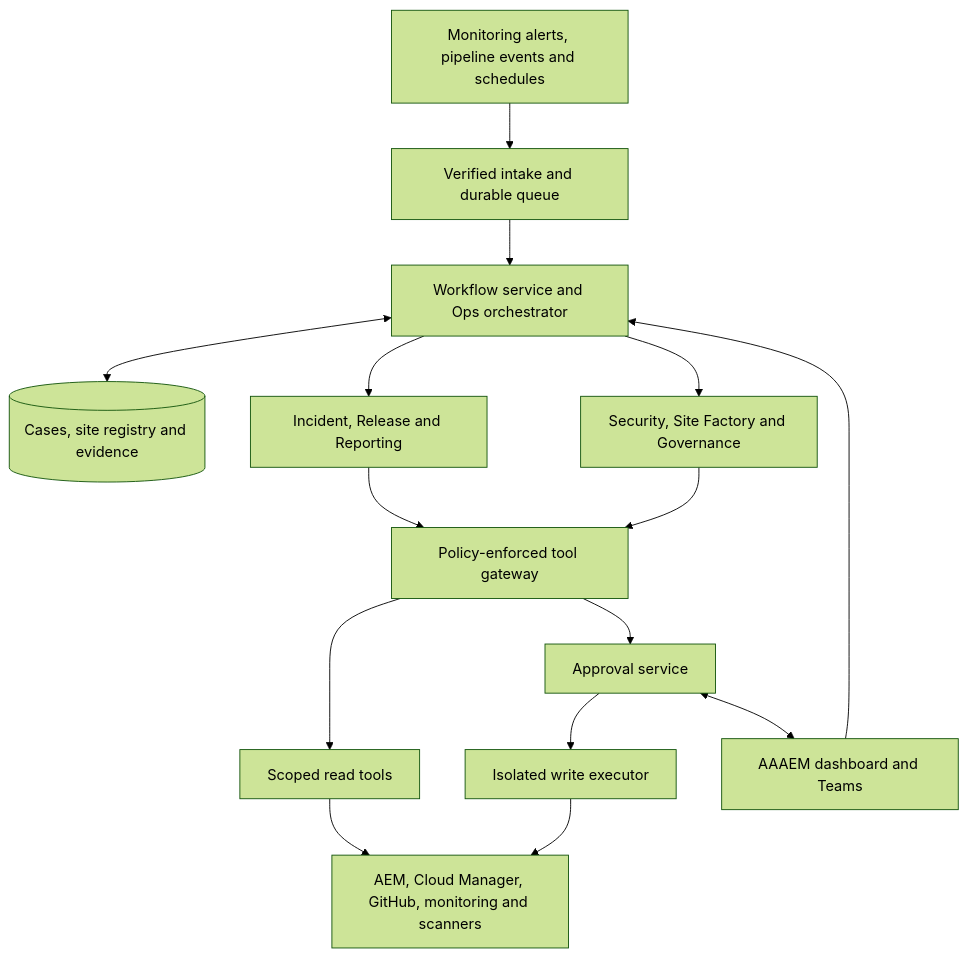
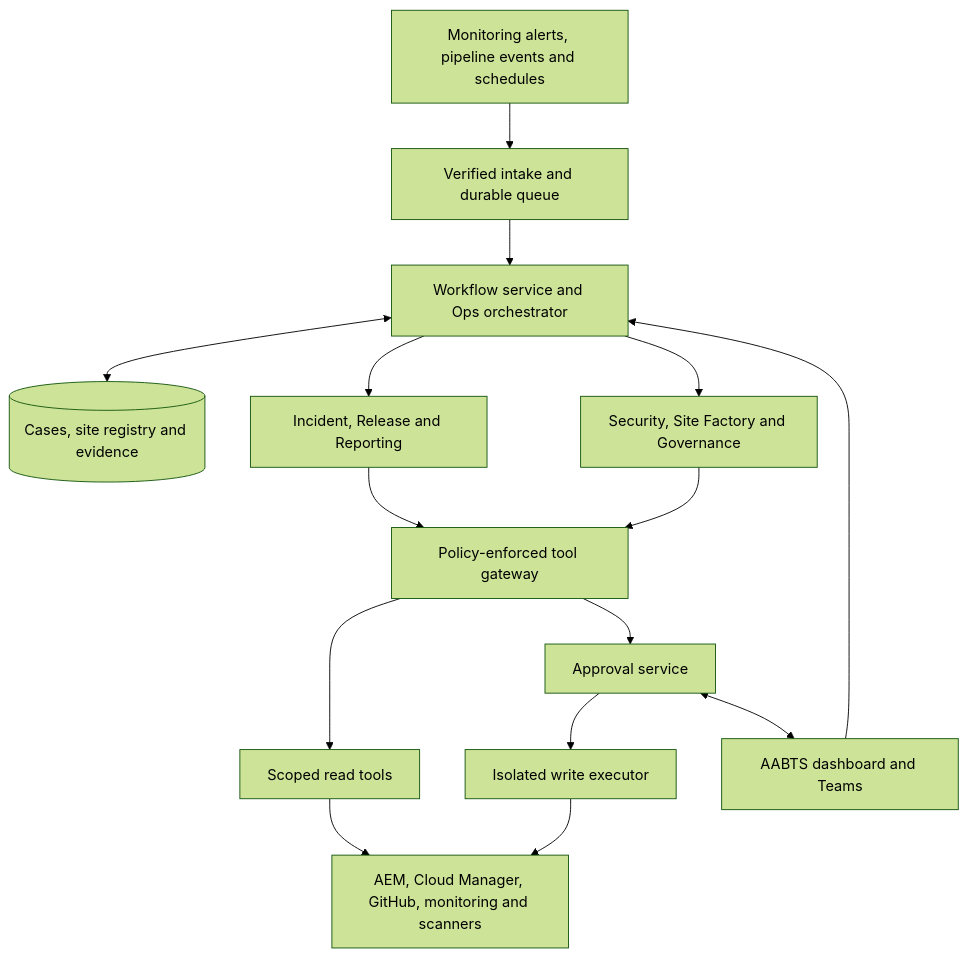
The first of 2 diagrams in docs/SOLUTION_DESIGN.md (ramkarthik77/agentic-platform), drawn with Mermaid (forest theme) before and after one commit. The commit also changed other lines of this file, not shown here.

Commit message:
Rebrand AABTS product-facing references in docs/SOLUTION_DESIGN.md

````diff
--- a/docs/SOLUTION_DESIGN.md
+++ b/docs/SOLUTION_DESIGN.md
@@ -27,17 +27,17 @@
 ```mermaid
 flowchart TB
     Events["Monitoring alerts, pipeline events and schedules"] --> Intake["Verified intake and durable queue"]
-    UI["AAAEM dashboard and Teams"] --> Runtime["Workflow service and Ops orchestrator"]
+    UI["AABTS dashboard and Teams"] --> Runtime["Workflow service and Ops orchestrator"]
     Intake --> Runtime
     Runtime <--> State[("Cases, site registry and evidence")]
     Runtime --> Observe["Incident, Release and Reporting"]
     Runtime --> Improve["Security, Site Factory and Governance"]
     Observe --> Gateway["Policy-enforced tool gateway"]
     Improve --> Gateway
     Gateway --> Read["Scoped read tools"]
     Gateway --> Approval["Approval service"]
     Approval --> Execute["Isolated write executor"]
     Read --> Systems["AEM, Cloud Manager, GitHub, monitoring and scanners"]
     Execute --> Systems
     Approval <--> UI
 ```
````
